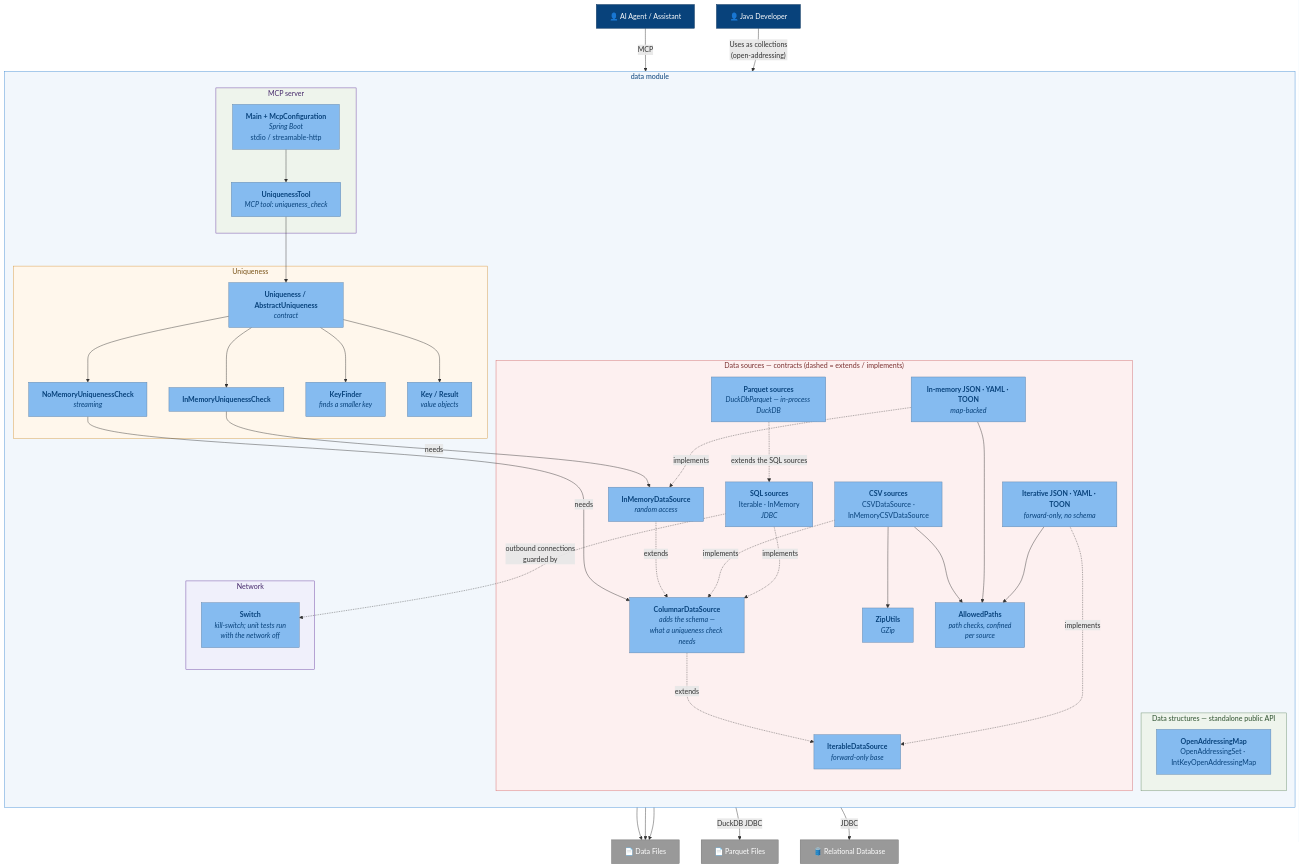
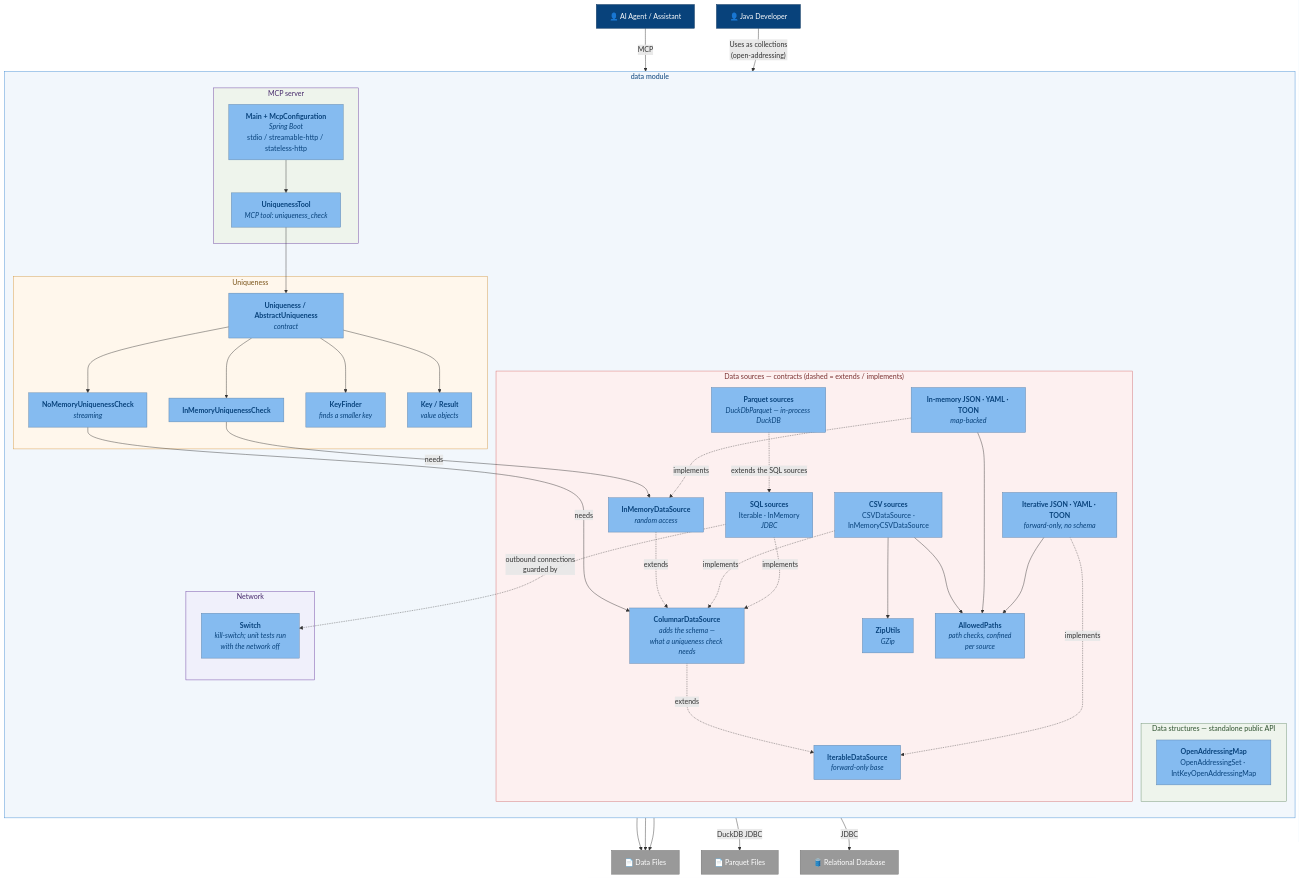
The third of 10 diagrams in docs/c4-architecture.md (adamw7/tools), drawn with Mermaid before and after one commit. The commit also changed other lines of this file and 137 other files, not shown here.

```diff
--- a/docs/c4-architecture.md
+++ b/docs/c4-architecture.md
@@ -197,7 +197,7 @@
         direction TB
 
         subgraph mcpLayer ["MCP server"]
-            mcpMain["<b>Main + McpConfiguration</b><br/><i>Spring Boot</i><br/>stdio / streamable-http"]
+            mcpMain["<b>Main + McpConfiguration</b><br/><i>Spring Boot</i><br/>stdio / streamable-http / stateless-http"]
             uniqTool["<b>UniquenessTool</b><br/><i>MCP tool: uniqueness_check</i>"]
         end
 
```
